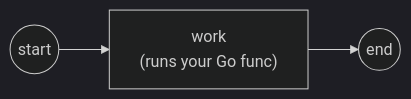
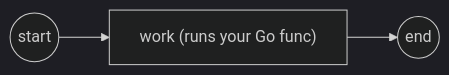
One commit to dr-dobermann/gobpm changed the diagram in docs/guides/getting-started/first-process.md. Above: the diagram before and after it, drawn with Mermaid (dark theme). The commit also changed other lines of this file and 81 other files, not shown here.

````diff
--- a/docs/guides/getting-started/first-process.md
+++ b/docs/guides/getting-started/first-process.md
@@ -19,4 +13,4 @@
 ```mermaid
 flowchart LR
-    start((start)) --> work["work<br/>(runs your Go func)"] --> done((end))
+    start((start)) --> work["work (runs your Go func)"] --> done((end))
 ```
````
